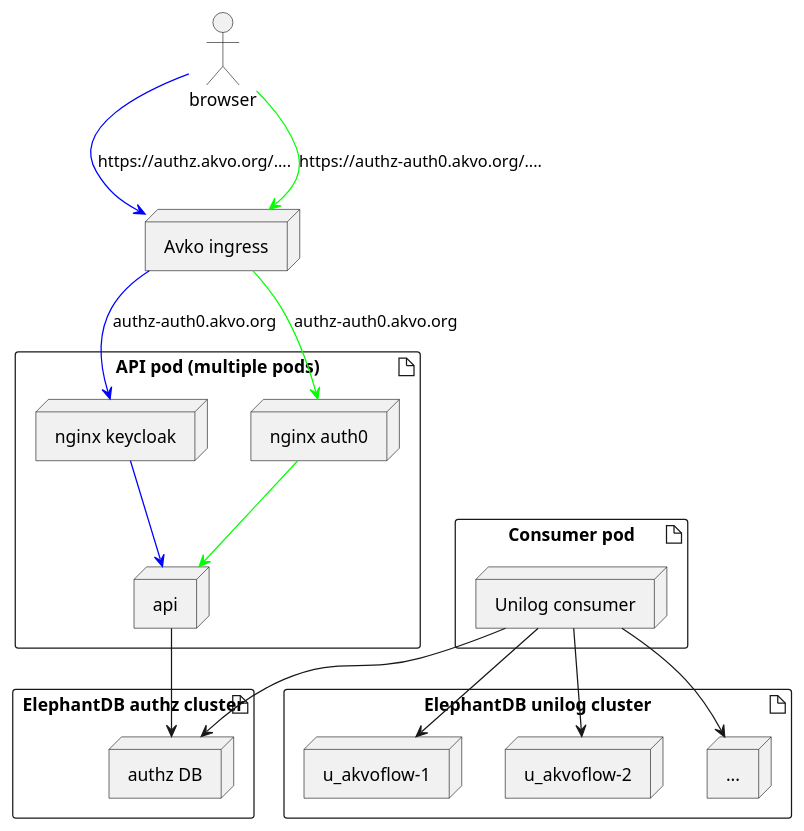
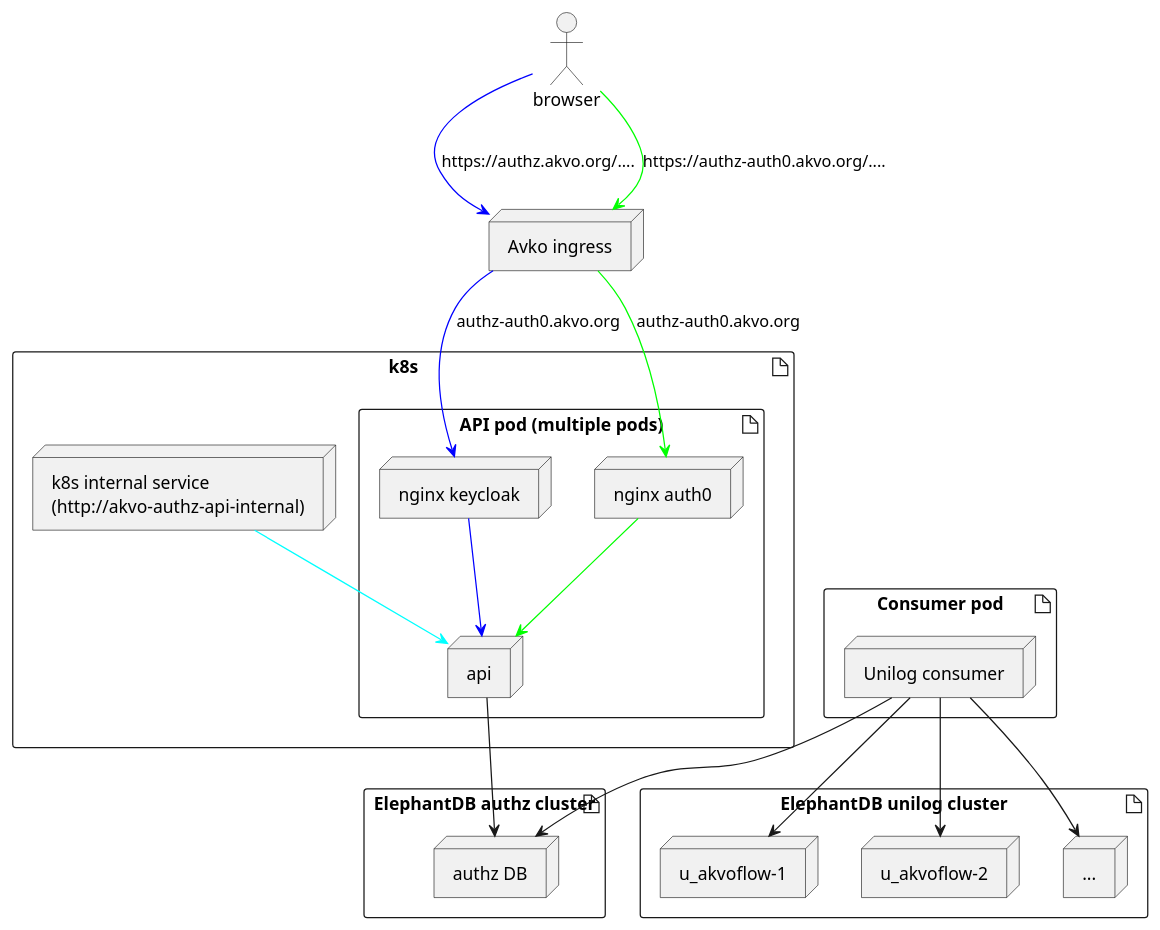
One commit to akvo/akvo-authorization changed the diagram in doc/architecture.puml. Above: the diagram before and after it, drawn with PlantUML.

Commit message:
update doc
[skip ci]

```diff
--- a/doc/architecture.puml
+++ b/doc/architecture.puml
@@ -1,44 +1,50 @@
 @startuml
 
 artifact db as "ElephantDB authz cluster" {
     node authzdb as "authz DB"
 }
 
 artifact db2 as "ElephantDB unilog cluster" {
 
     node unilog1 as "u_akvoflow-1"
     node unilog2 as "u_akvoflow-2"
     node unilog3 as "..."
 }
 
+artifact k8s as "k8s" {
+
 artifact api_pod as "API pod (multiple pods)" {
 
     node kc as "nginx keycloak"
     node auth0 as "nginx auth0"
 
     node api as "api"
 
     api --> authzdb
 
     auth0 -[#00FF00]-> api
     kc -[#0000FF]-> api
 
+}
+node internal as "k8s internal service
+(http://akvo-authz-api-internal)"
+internal -[#00FFFF]-> api
 }
 
 artifact consumer_pod as "Consumer pod" {
     node consumer as "Unilog consumer"
     consumer --> authzdb
     consumer --> unilog1
     consumer --> unilog2
     consumer --> unilog3
 }
 
 actor browser
 node ingress as "Avko ingress"
 browser -[#0000FF]-> ingress : https://authz.akvo.org/....
 browser -[#00FF00]-> ingress : https://authz-auth0.akvo.org/....
 ingress -[#0000FF]-> kc : authz-auth0.akvo.org
 ingress -[#00FF00]-> auth0 : authz-auth0.akvo.org
 
 
 @enduml
```
